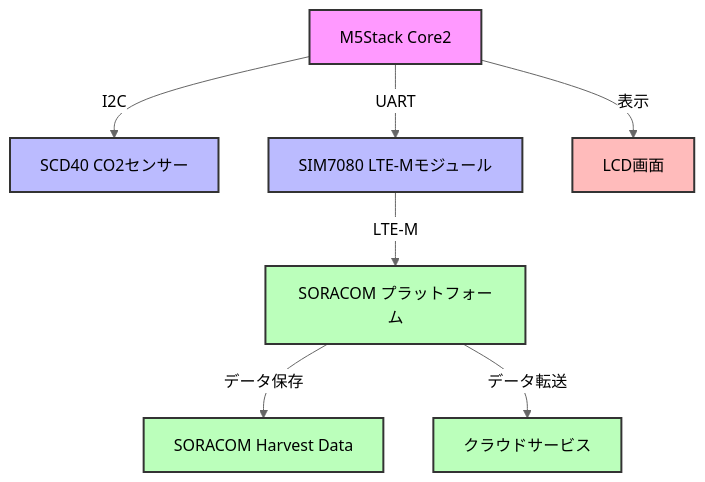
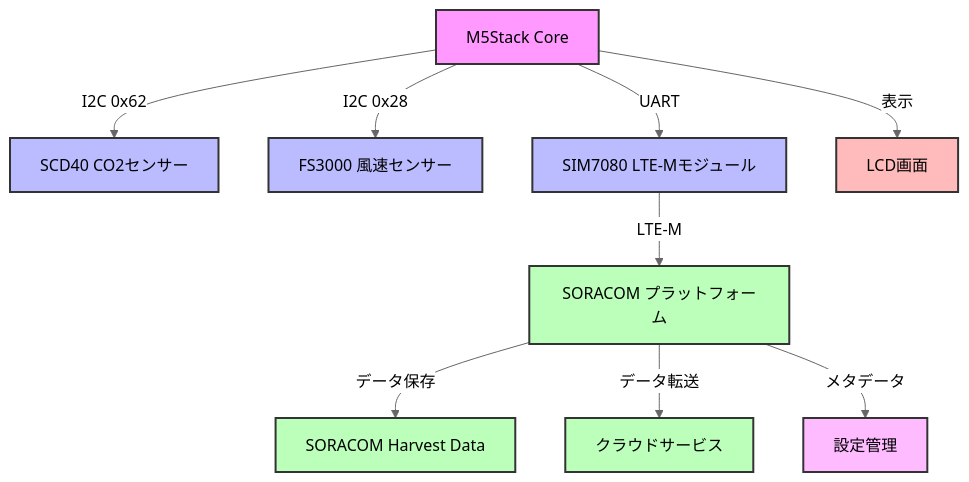
The first of 2 diagrams in README.md (takao2704/M5stack-CO2Monitor-LTEM), drawn with Mermaid (neutral theme) before and after one commit. The commit also changed other lines of this file, not shown here.

````diff
--- a/README.md
+++ b/README.md
@@ -19,17 +22,21 @@
 ```mermaid
 graph TD
-    A[M5Stack Core2] -->|I2C| B[SCD40 CO2センサー]
+    A[M5Stack Core] -->|I2C 0x62| B[SCD40 CO2センサー]
+    A -->|I2C 0x28| H[FS3000 風速センサー]
     A -->|UART| C[SIM7080 LTE-Mモジュール]
     C -->|LTE-M| D[SORACOM プラットフォーム]
     D -->|データ保存| E[SORACOM Harvest Data]
     D -->|データ転送| F[クラウドサービス]
+    D -->|メタデータ| I[設定管理]
     A -->|表示| G[LCD画面]
     
     style A fill:#f9f,stroke:#333,stroke-width:2px
     style B fill:#bbf,stroke:#333,stroke-width:2px
+    style H fill:#bbf,stroke:#333,stroke-width:2px
     style C fill:#bbf,stroke:#333,stroke-width:2px
     style D fill:#bfb,stroke:#333,stroke-width:2px
     style E fill:#bfb,stroke:#333,stroke-width:2px
     style F fill:#bfb,stroke:#333,stroke-width:2px
     style G fill:#fbb,stroke:#333,stroke-width:2px
+    style I fill:#fbf,stroke:#333,stroke-width:2px
 ```
````
